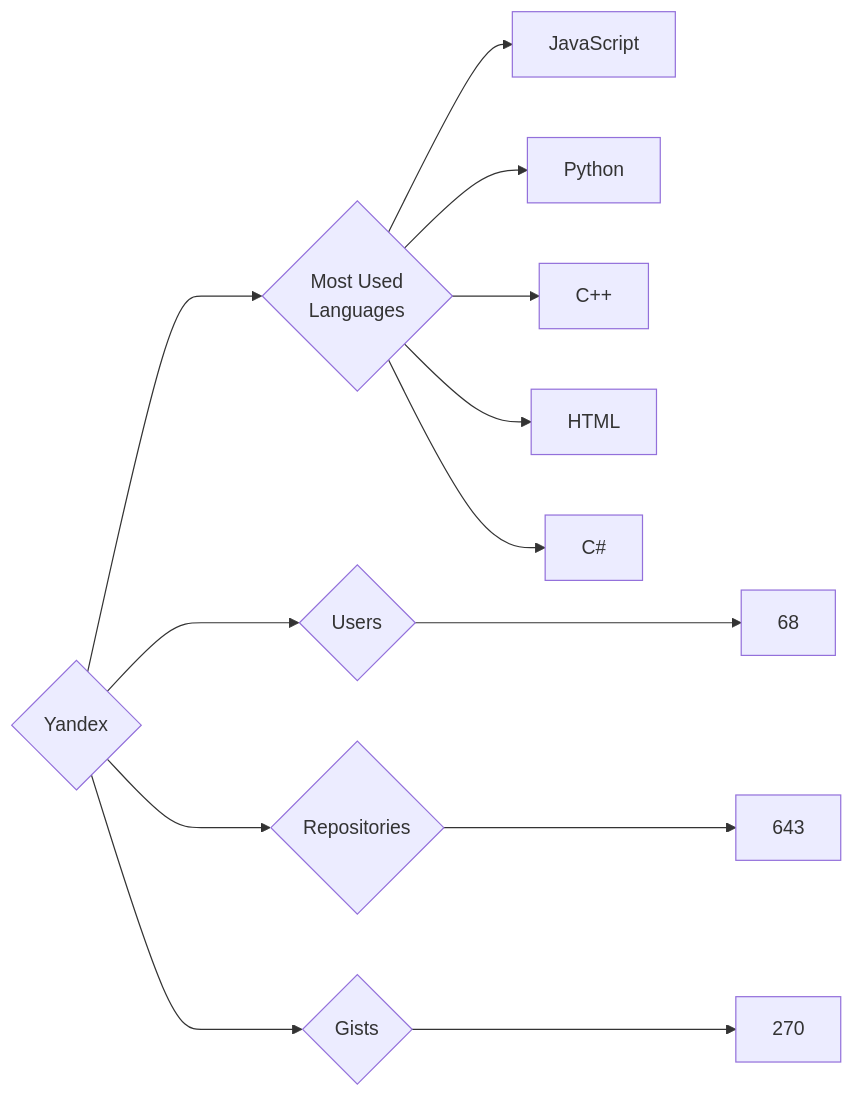
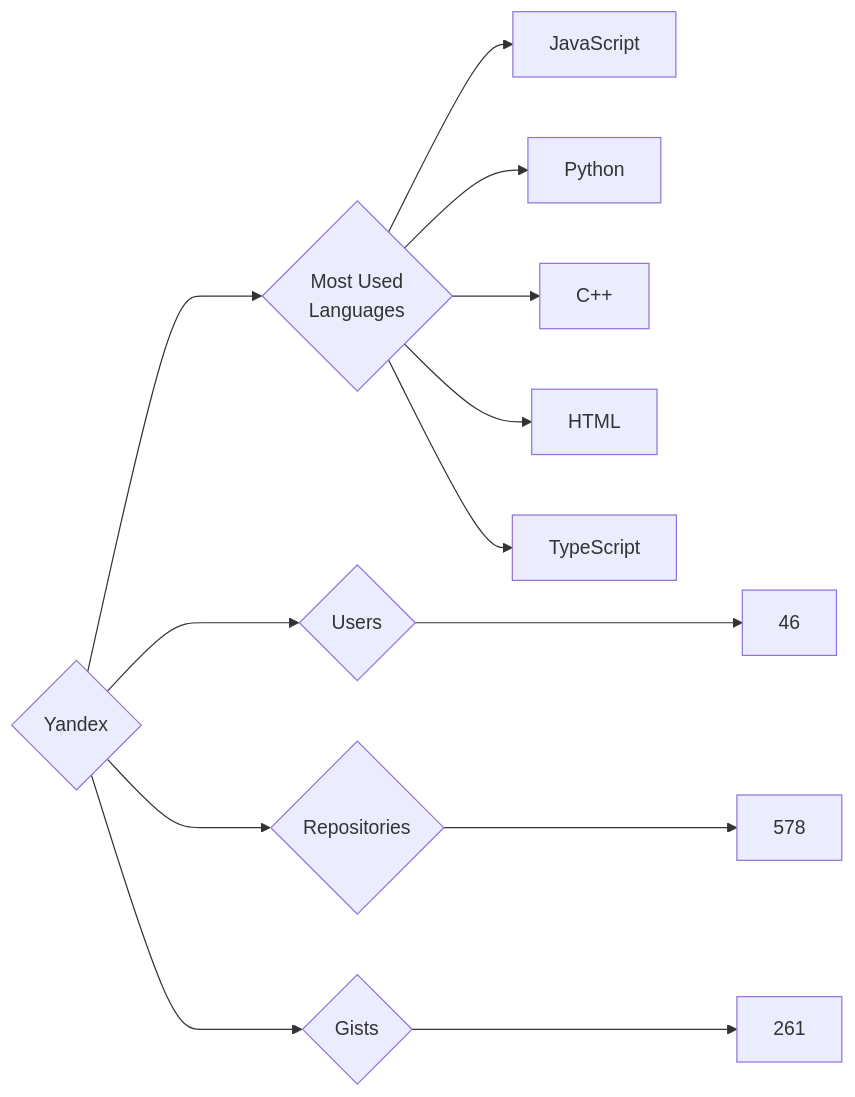
Before and after one commit to trickest/insiders: the diagram in targets/Yandex/README.md, drawn with Mermaid. The commit also changed 953 other files, not shown here.

````diff
--- a/targets/Yandex/README.md
+++ b/targets/Yandex/README.md
@@ -3,13 +3,13 @@
 ```mermaid
 graph LR
 COMPANY_NAME{Yandex}
-COMPANY_NAME ---> U{Users} ---> UN[68]
-COMPANY_NAME ---> R{Repositories} ---> RN[643]
-COMPANY_NAME ---> G{Gists} ---> GN[270]
+COMPANY_NAME ---> U{Users} ---> UN[46]
+COMPANY_NAME ---> R{Repositories} ---> RN[578]
+COMPANY_NAME ---> G{Gists} ---> GN[261]
 COMPANY_NAME ---> ML{Most Used<br>Languages}
 ML --> JavaScript[JavaScript]
 ML --> Python[Python]
 ML --> C++[C++]
 ML --> HTML[HTML]
-ML --> C#[C#]
+ML --> TypeScript[TypeScript]
 ```
````
